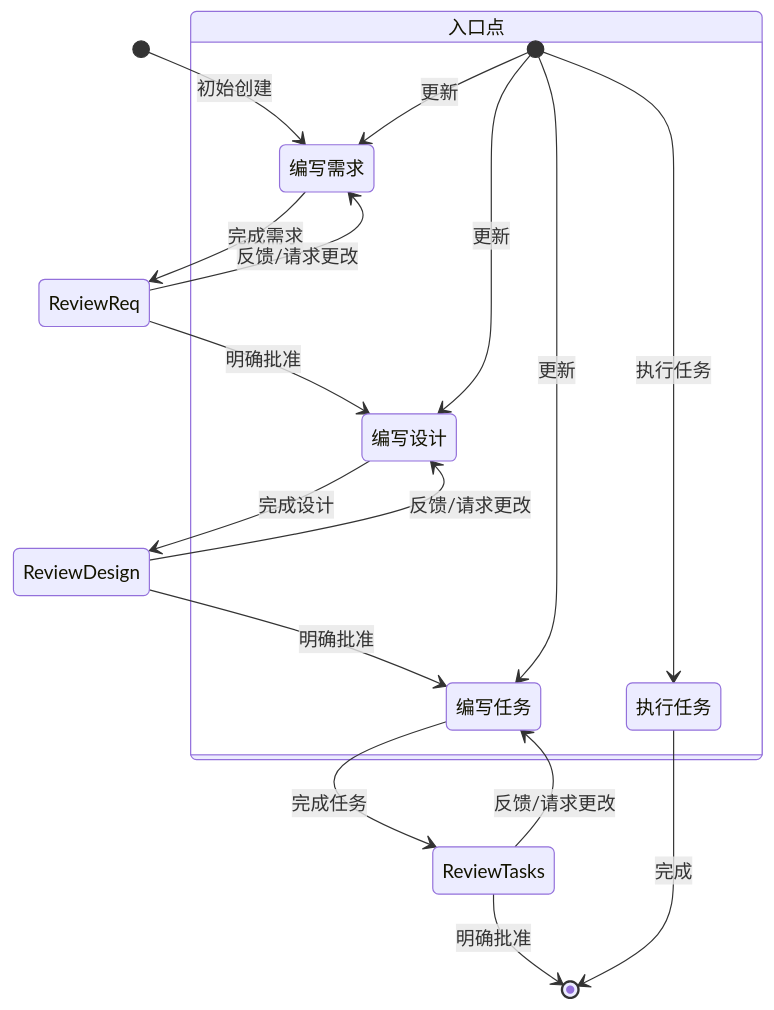
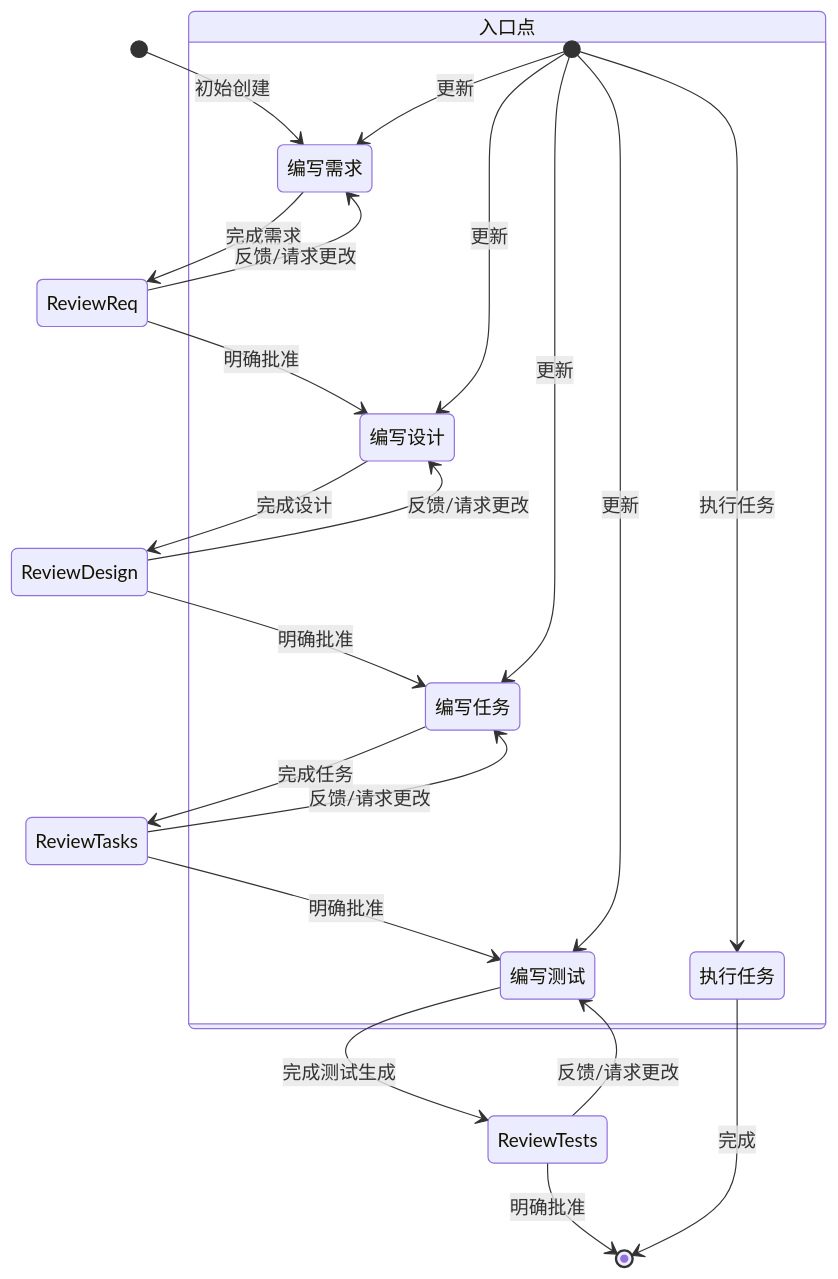
Before and after one commit to XDfield/hrms: the diagram in .roo/rules-workflow/costrict_workflow.md, drawn with Mermaid. The commit also changed other lines of this file and 6 other files, not shown here.

````diff
--- a/.roo/rules-workflow/costrict_workflow.md
+++ b/.roo/rules-workflow/costrict_workflow.md
@@ -98,31 +100,37 @@
   ```mermaid
   stateDiagram-v2
     [*] --> Requirements : 初始创建
 
     Requirements : 编写需求
     Design : 编写设计
     Tasks : 编写任务
+    Tests : 编写测试
 
     Requirements --> ReviewReq : 完成需求
     ReviewReq --> Requirements : 反馈/请求更改
     ReviewReq --> Design : 明确批准
 
     Design --> ReviewDesign : 完成设计
     ReviewDesign --> Design : 反馈/请求更改
     ReviewDesign --> Tasks : 明确批准
 
     Tasks --> ReviewTasks : 完成任务
     ReviewTasks --> Tasks : 反馈/请求更改
-    ReviewTasks --> [*] : 明确批准
+    ReviewTasks --> Tests : 明确批准
+
+    Tests --> ReviewTests : 完成测试生成
+    ReviewTests --> Tests : 反馈/请求更改
+    ReviewTests --> [*] : 明确批准
 
     Execute : 执行任务
 
     state "入口点" as EP {
         [*] --> Requirements : 更新
         [*] --> Design : 更新
         [*] --> Tasks : 更新
+        [*] --> Tests : 更新
         [*] --> Execute : 执行任务
     }
 
     Execute --> [*] : 完成
   ```
````
